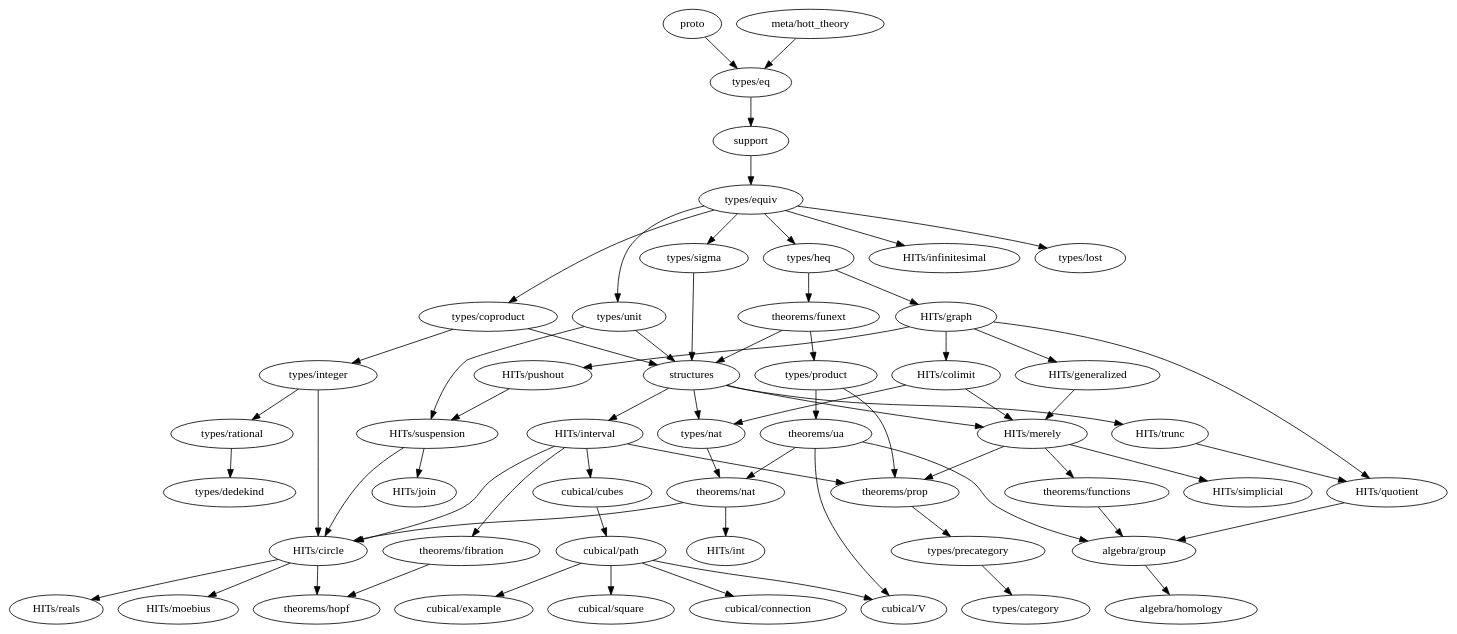
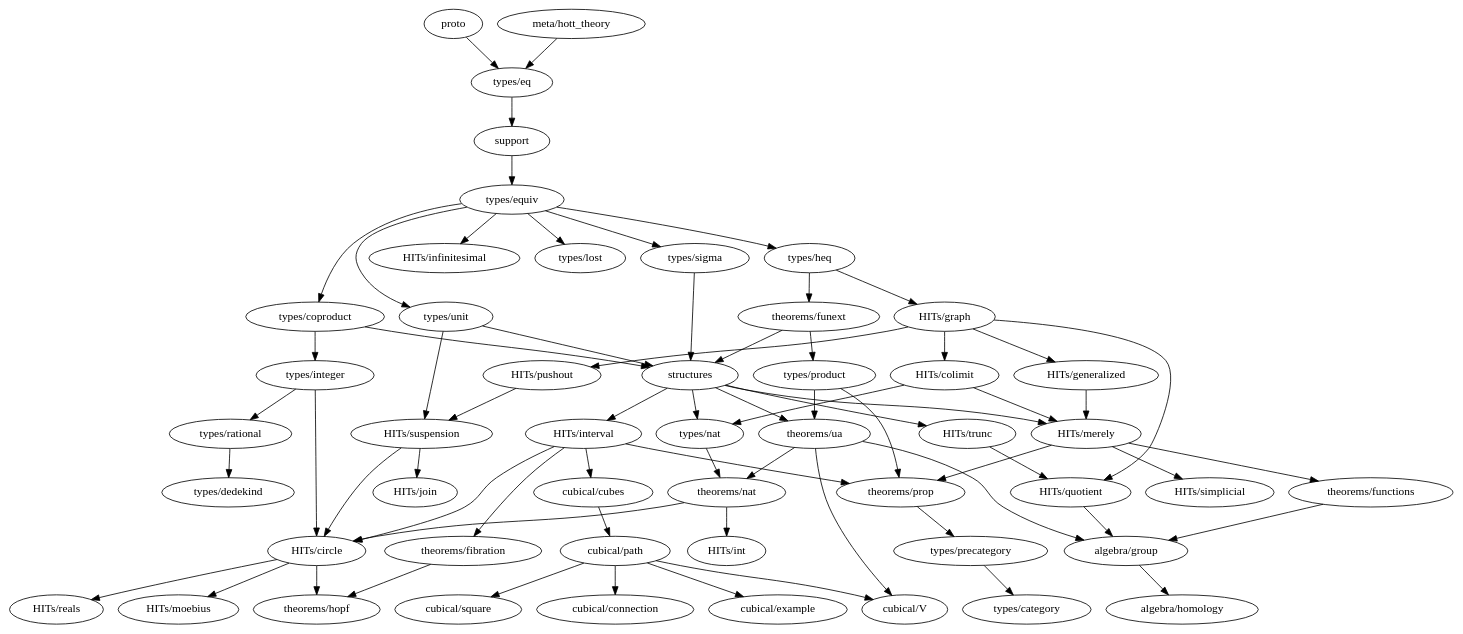
The diagram in dependency_map.gv (forked-from-1kasper/ground_zero), drawn with Graphviz before and after one commit. The commit also changed 2 other files, not shown here.

```diff
--- a/dependency_map.gv
+++ b/dependency_map.gv
@@ -1,103 +1,104 @@
 digraph dependency_map {
   proto -> "types/eq"
   "meta/hott_theory" -> "types/eq"
   support -> "types/equiv"
   structures -> {
     "HITs/interval",
     "HITs/merely",
     "HITs/trunc",
-    "types/nat"
+    "types/nat",
+    "theorems/ua"
   }
 
   subgraph algebra {
     "algebra/group" -> { "algebra/homology" }
     "algebra/homology"
   }
 
   subgraph types {
     "types/category"
     "types/coproduct" -> { "types/integer", structures }
     "types/dedekind"
     "types/eq" -> { support }
     "types/equiv" -> {
       "types/heq",
       "HITs/infinitesimal",
       "types/coproduct",
       "types/lost",
       "types/unit",
       "types/sigma"
     }
     "types/heq" -> {
       "HITs/graph", "theorems/funext"
     }
     "types/integer" -> {
       "HITs/circle",
       "types/rational"
     }
     "types/lost"
     "types/nat" -> { "theorems/nat" }
     "types/precategory" -> { "types/category" }
     "types/product" -> { "theorems/prop", "theorems/ua" }
     "types/rational" -> { "types/dedekind" }
     "types/sigma" -> { structures }
     "types/unit" -> { structures, "HITs/suspension" }
   }
 
   subgraph HITs {
     "HITs/circle" -> { "theorems/hopf", "HITs/moebius", "HITs/reals" }
     "HITs/colimit" -> { "HITs/merely", "types/nat" }
     "HITs/generalized" -> "HITs/merely"
     "HITs/graph" -> {
       "HITs/colimit",
       "HITs/generalized",
       "HITs/pushout",
       "HITs/quotient"
     }
     "HITs/infinitesimal"
     "HITs/interval" -> {
       "cubical/cubes"
       "HITs/circle",
       "theorems/prop",
       "theorems/fibration"
     }
     "HITs/join"
     "HITs/merely" -> {
       "theorems/prop",
       "HITs/simplicial",
       "theorems/functions"
     }
     "HITs/moebius"
     "HITs/pushout" -> {
       "HITs/suspension"
     }
     "HITs/quotient" -> { "algebra/group" }
     "HITs/reals"
     "HITs/simplicial"
     "HITs/suspension" -> { "HITs/circle", "HITs/join" }
     "HITs/trunc" -> { "HITs/quotient" }
   }
 
   subgraph cubical {
     "cubical/connection"
     "cubical/cubes" -> "cubical/path"
     "cubical/example"
     "cubical/path" -> {
       "cubical/square",
       "cubical/example",
       "cubical/V",
       "cubical/connection"
     }
     "cubical/square"
     "cubical/V"
   }
 
   subgraph theorems {
     "theorems/fibration" -> { "theorems/hopf" }
     "theorems/functions" -> { "algebra/group" }
     "theorems/funext" -> { structures, "types/product" }
     "theorems/hopf"
     "theorems/nat" -> { "HITs/circle", "HITs/int" }
     "theorems/prop" -> { "types/precategory" }
     "theorems/ua" -> { "algebra/group", "theorems/nat", "cubical/V" }
   }
 }
```
